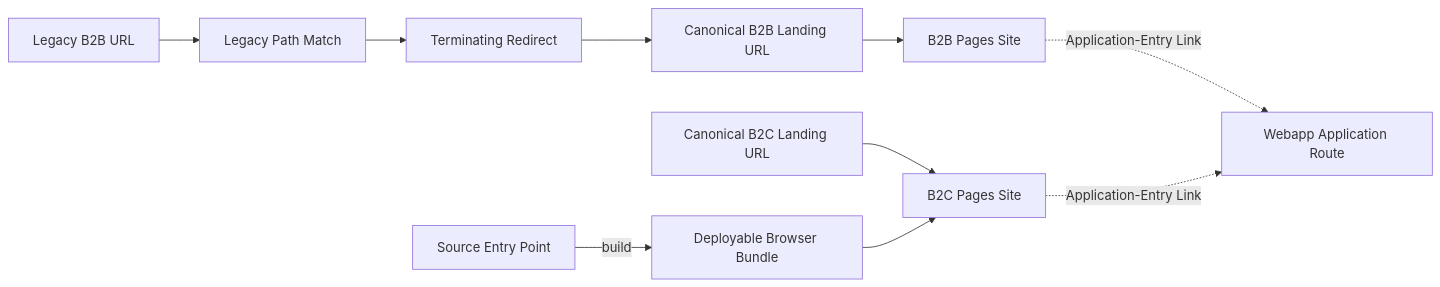
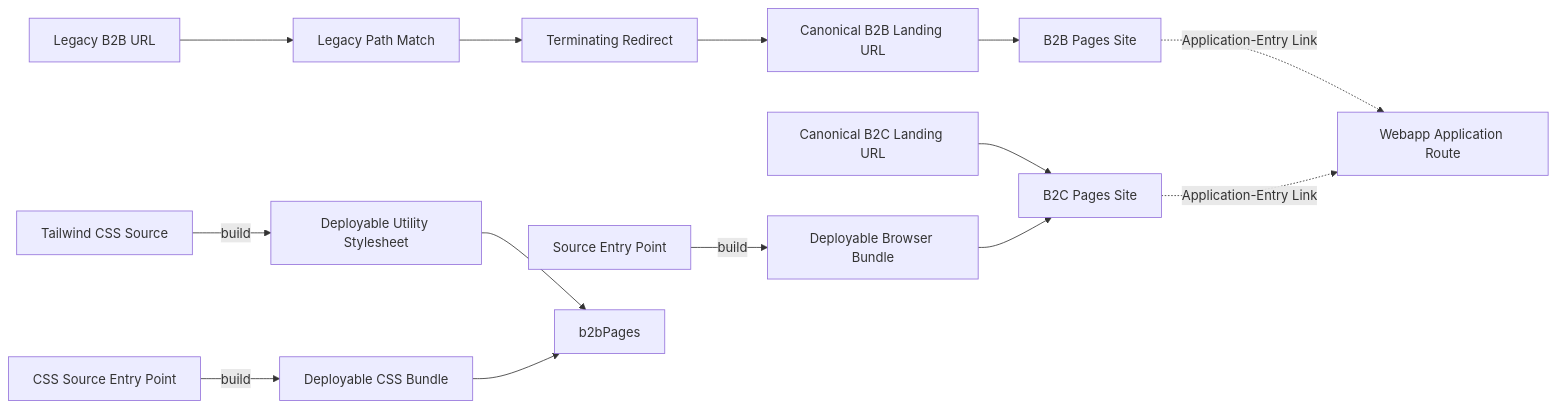
The diagram in docs/ubiquitous-language/host-migration-cloudflare-redirect-ul.md (KSimonnet/likened-b2b), drawn with Mermaid before and after one commit. The commit also changed other lines of this file and 16 other files, not shown here.

Commit message:
root cause: original migration committed `b-to-b-bundle.css` as a repository file; builder still only copies `public/` fix: the built bundle is generated in `dist/` from a single maintainable CSS entry point.

````diff
--- a/docs/ubiquitous-language/host-migration-cloudflare-redirect-ul.md
+++ b/docs/ubiquitous-language/host-migration-cloudflare-redirect-ul.md
@@ -38,12 +42,16 @@
 ```mermaid
 flowchart LR
   legacy[Legacy B2B URL] --> match[Legacy Path Match]
   match --> redirect[Terminating Redirect]
   redirect --> canonical[Canonical B2B Landing URL]
   canonical --> pages[B2B Pages Site]
   pages -. Application-Entry Link .-> webapp[Webapp Application Route]
   b2c[Canonical B2C Landing URL] --> b2cPages[B2C Pages Site]
   source[Source Entry Point] -->|build| bundle[Deployable Browser Bundle]
   bundle --> b2cPages
+  tailwindSource[Tailwind CSS Source] -->|build| utilityCss[Deployable Utility Stylesheet]
+  cssSource[CSS Source Entry Point] -->|build| cssBundle[Deployable CSS Bundle]
+  utilityCss --> b2bPages
+  cssBundle --> b2bPages
   b2cPages -. Application-Entry Link .-> webapp
 ```
````
